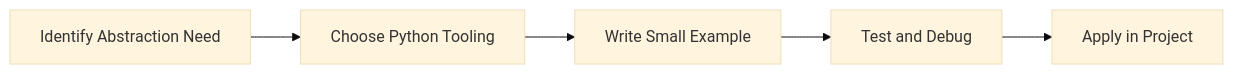
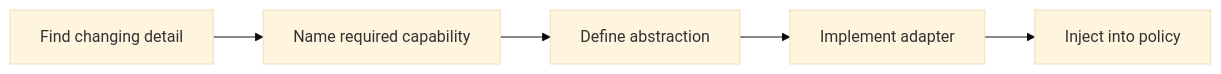
The diagram in Python-Mastery/Intermediate/08-abstraction.md (SYMOIZ/E-Learning-Portal), drawn with Mermaid (base theme) before and after one commit. The commit also changed other lines of this file and 116 other files, not shown here.

````diff
--- a/Python-Mastery/Intermediate/08-abstraction.md
+++ b/Python-Mastery/Intermediate/08-abstraction.md
@@ -150,7 +179,7 @@
 ```mermaid
 flowchart LR
-    A[Identify Abstraction Need] --> B[Choose Python Tooling]
-    B --> C[Write Small Example]
-    C --> D[Test and Debug]
-    D --> E[Apply in Project]
+    A[Find changing detail] --> B[Name required capability]
+    B --> C[Define abstraction]
+    C --> D[Implement adapter]
+    D --> E[Inject into policy]
 ```
````
